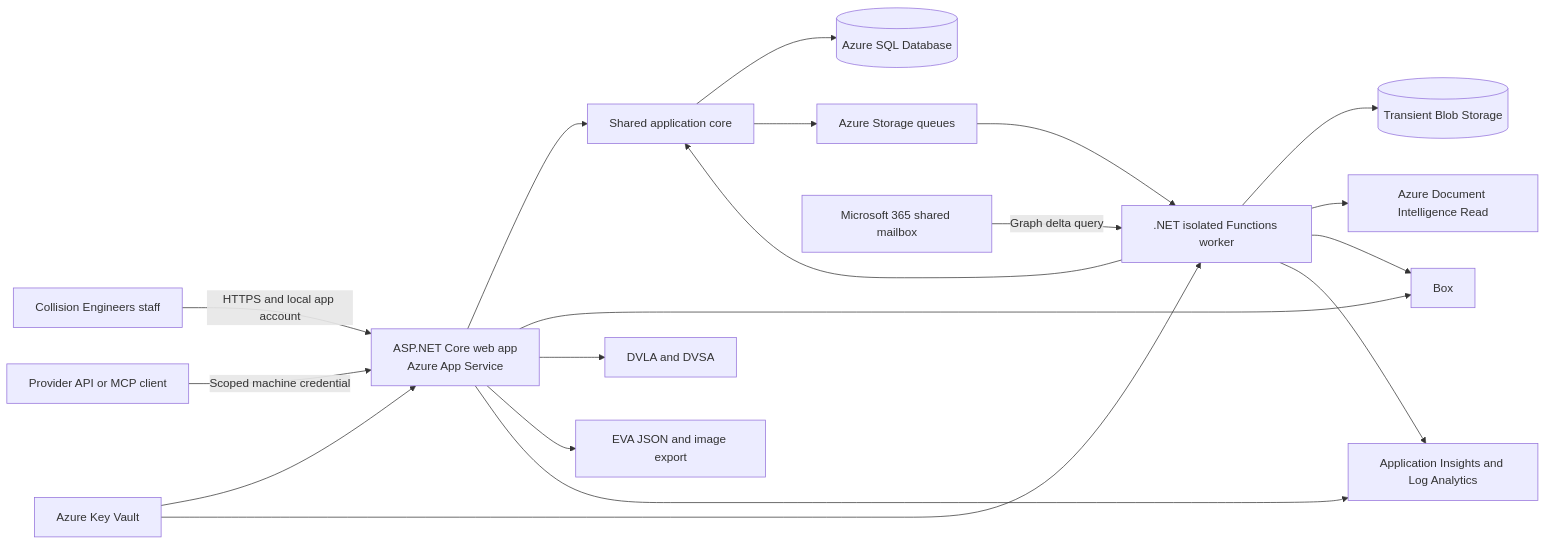
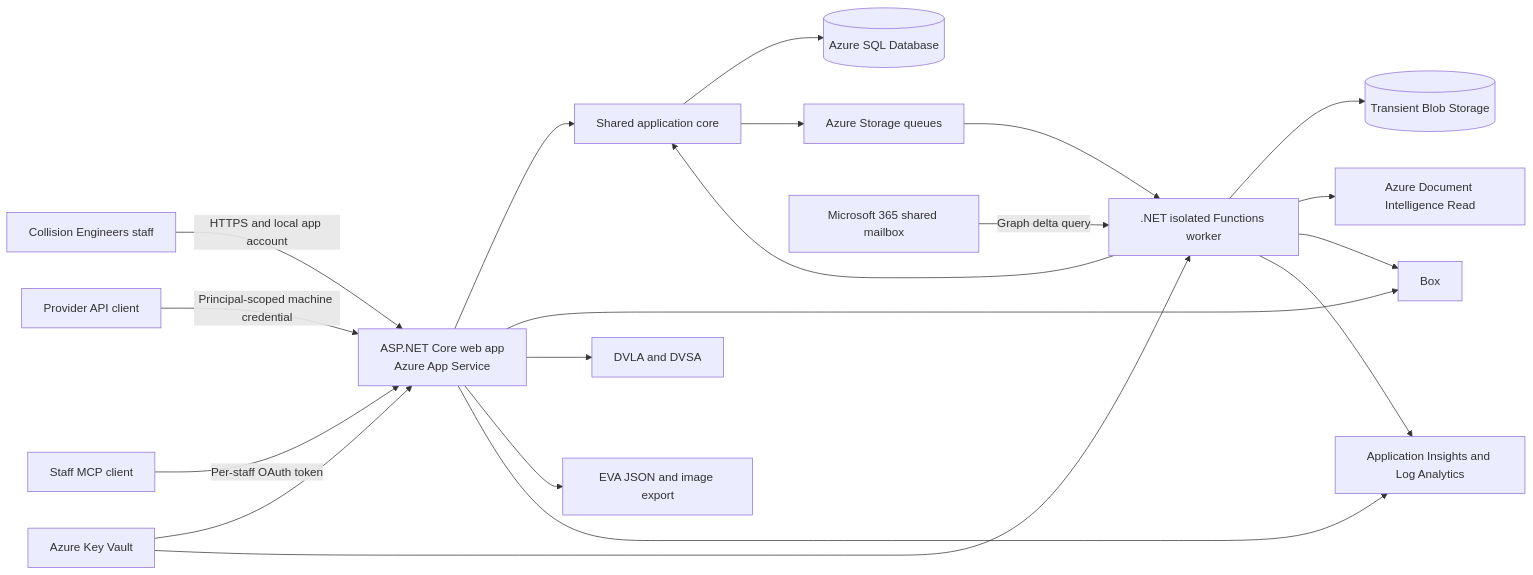
The diagram in docs/architecture/decisions/ADR-0002-dotnet-modular-monolith-on-azure.md (collisionengineers/pegasus), drawn with Mermaid before and after one commit. The commit also changed other lines of this file and 66 other files, not shown here.

````diff
--- a/docs/architecture/decisions/ADR-0002-dotnet-modular-monolith-on-azure.md
+++ b/docs/architecture/decisions/ADR-0002-dotnet-modular-monolith-on-azure.md
@@ -74,24 +78,25 @@
 ```mermaid
 flowchart LR
     Staff[Collision Engineers staff] -->|HTTPS and local app account| Web[ASP.NET Core web app<br/>Azure App Service]
-    Provider[Provider API or MCP client] -->|Scoped machine credential| Web
+    Provider[Provider API client] -->|Principal-scoped machine credential| Web
+    StaffMcp[Staff MCP client] -->|Per-staff OAuth token| Web
 
     Web --> Core[Shared application core]
     Worker[.NET isolated Functions worker] --> Core
     Core --> Sql[(Azure SQL Database)]
     Core --> Queue[Azure Storage queues]
 
     Outlook[Microsoft 365 shared mailbox] -->|Graph delta query| Worker
     Queue --> Worker
     Worker --> Blob[(Transient Blob Storage)]
     Worker --> DocIntel[Azure Document Intelligence Read]
     Worker --> Box[Box]
     Web --> Box
     Web --> Vehicle[DVLA and DVSA]
     Web --> Eva[EVA JSON and image export]
 
     Web --> Monitor[Application Insights and Log Analytics]
     Worker --> Monitor
     KeyVault[Azure Key Vault] --> Web
     KeyVault --> Worker
 ```
````
